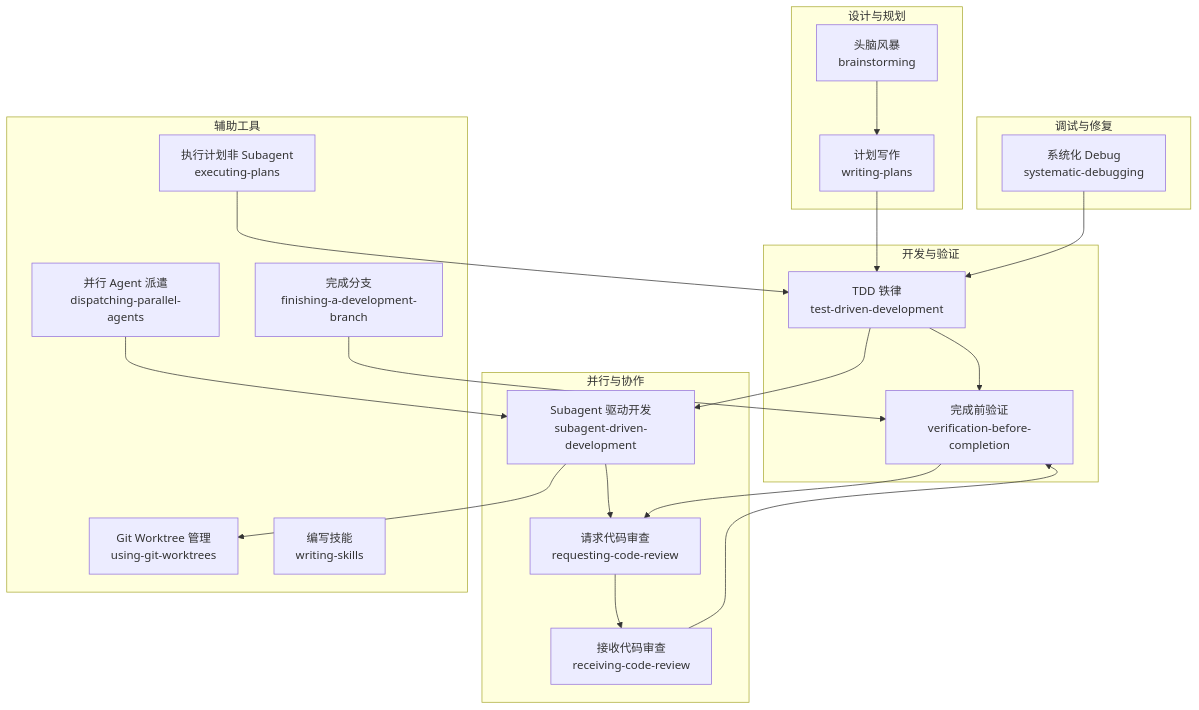
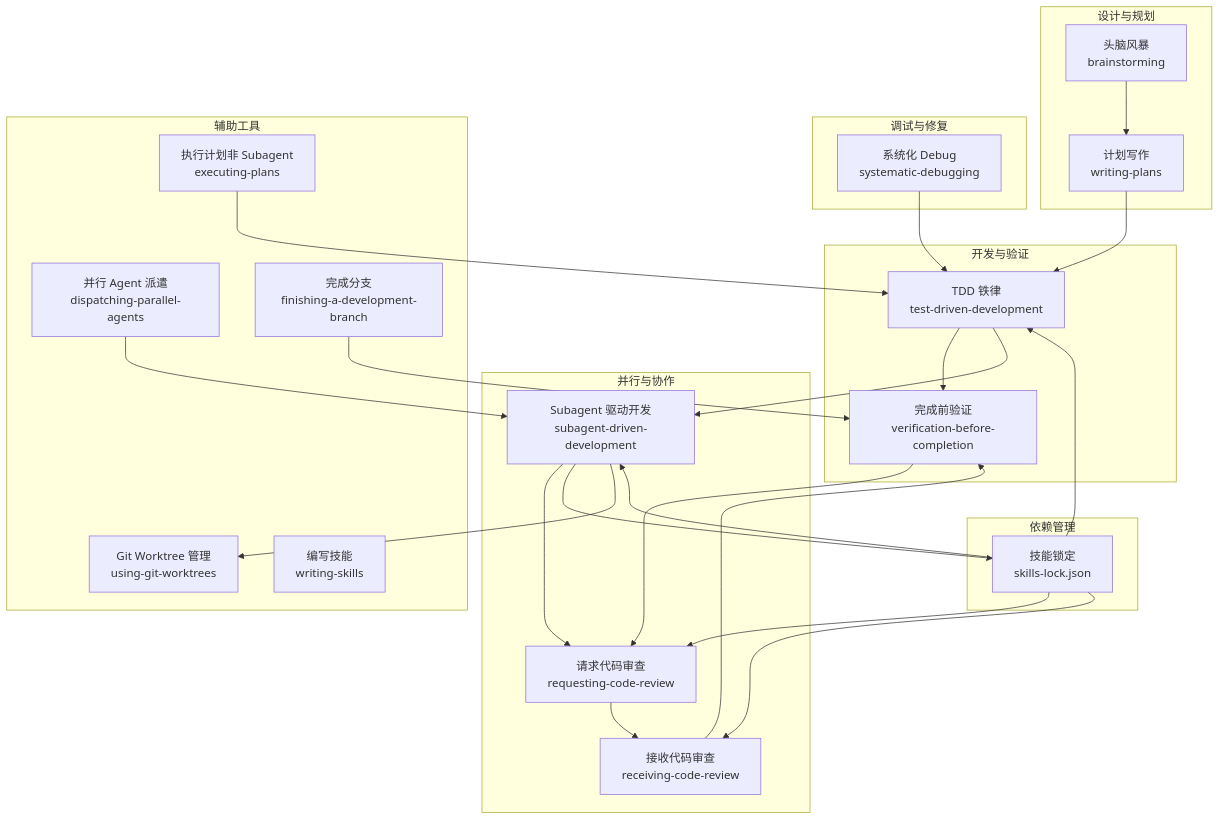
One commit to AngelWings1997/altas changed the second of 11 diagrams in .qoder/repowiki/zh/content/超级能力模块/超级能力模块.md. Above: the diagram before and after it, drawn with Mermaid. The commit also changed other lines of this file and 2 other files, not shown here.

````diff
--- a/.qoder/repowiki/zh/content/超级能力模块/超级能力模块.md
+++ b/.qoder/repowiki/zh/content/超级能力模块/超级能力模块.md
@@ -126,39 +136,47 @@
 ```mermaid
 graph TB
 subgraph "设计与规划"
 B1["头脑风暴<br/>brainstorming"]
 B2["计划写作<br/>writing-plans"]
 end
 subgraph "开发与验证"
 V1["TDD 铁律<br/>test-driven-development"]
 V2["完成前验证<br/>verification-before-completion"]
 end
 subgraph "并行与协作"
 S1["Subagent 驱动开发<br/>subagent-driven-development"]
 R1["请求代码审查<br/>requesting-code-review"]
 R2["接收代码审查<br/>receiving-code-review"]
 end
 subgraph "调试与修复"
 D1["系统化 Debug<br/>systematic-debugging"]
 end
+subgraph "依赖管理"
+L1["技能锁定<br/>skills-lock.json"]
+end
 subgraph "辅助工具"
 U1["并行 Agent 派遣<br/>dispatching-parallel-agents"]
 U2["执行计划非 Subagent<br/>executing-plans"]
 U3["Git Worktree 管理<br/>using-git-worktrees"]
 U4["完成分支<br/>finishing-a-development-branch"]
 U5["编写技能<br/>writing-skills"]
 end
 B1 --> B2
 B2 --> V1
 V1 --> V2
 V1 --> S1
 S1 --> R1
 R1 --> R2
 D1 --> V1
+S1 --> L1
+L1 --> V1
+L1 --> S1
+L1 --> R1
+L1 --> R2
 S1 --> U3
 V2 --> R1
 R2 --> V2
 U1 --> S1
 U2 --> V1
 U4 --> V2
 ```
````
